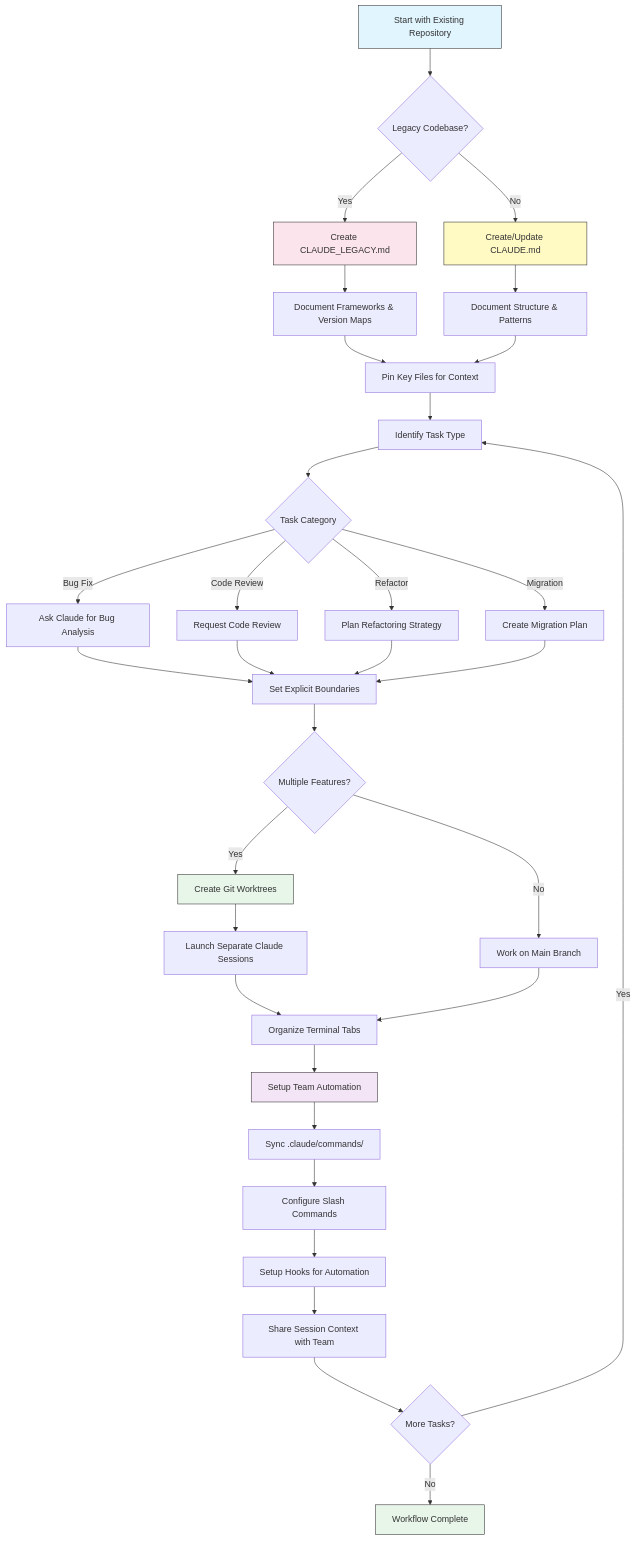
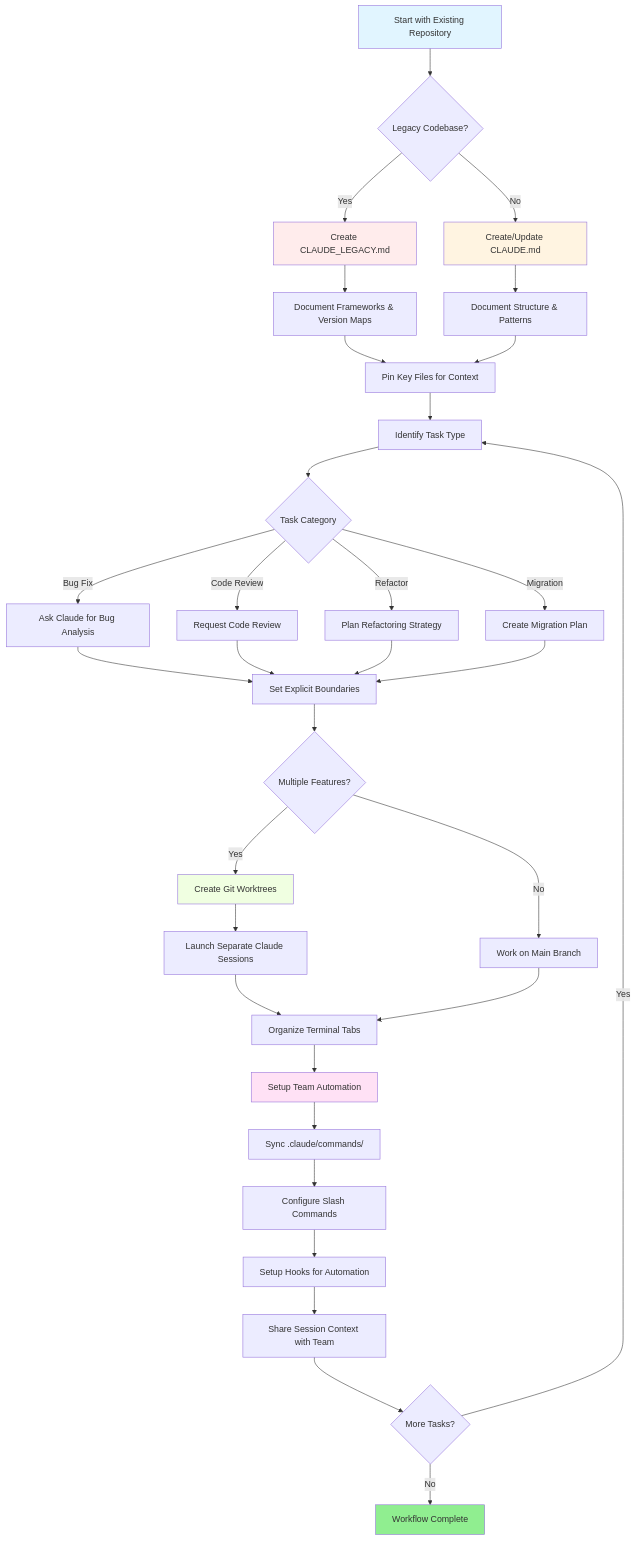
Before and after one commit to hassanbht/claude-howto: the second of 2 diagrams in fa/resources.md, drawn with Mermaid. The commit also changed other lines of this file and 213 other files, not shown here.

````diff
--- a/fa/resources.md
+++ b/fa/resources.md
@@ -175,46 +174,46 @@
 ```mermaid
 graph TD
     A[Start with Existing Repository] --> B{Legacy Codebase?}
     B -->|Yes| C[Create CLAUDE_LEGACY.md]
     B -->|No| D[Create/Update CLAUDE.md]
     C --> E[Document Frameworks & Version Maps]
     D --> F[Document Structure & Patterns]
     E --> G[Pin Key Files for Context]
     F --> G
 
     G --> H[Identify Task Type]
     H --> I{Task Category}
     I -->|Bug Fix| J[Ask Claude for Bug Analysis]
     I -->|Code Review| K[Request Code Review]
     I -->|Refactor| L[Plan Refactoring Strategy]
     I -->|Migration| M[Create Migration Plan]
 
     J --> N[Set Explicit Boundaries]
     K --> N
     L --> N
     M --> N
 
     N --> O{Multiple Features?}
     O -->|Yes| P[Create Git Worktrees]
     O -->|No| Q[Work on Main Branch]
     P --> R[Launch Separate Claude Sessions]
     R --> S[Organize Terminal Tabs]
     Q --> S
 
     S --> T[Setup Team Automation]
     T --> U[Sync .claude/commands/]
     U --> V[Configure Slash Commands]
     V --> W[Setup Hooks for Automation]
     W --> X[Share Session Context with Team]
 
     X --> Y{More Tasks?}
     Y -->|Yes| H
     Y -->|No| Z[Workflow Complete]
 
-    style A fill:#e1f5fe,stroke:#333,color:#333
-    style C fill:#fce4ec,stroke:#333,color:#333
-    style D fill:#fff9c4,stroke:#333,color:#333
-    style P fill:#e8f5e9,stroke:#333,color:#333
-    style T fill:#f3e5f5,stroke:#333,color:#333
-    style Z fill:#e8f5e9,stroke:#333,color:#333
+    style A fill:#e1f5ff
+    style C fill:#ffecec
+    style D fill:#fff4e1
+    style P fill:#f0ffe1
+    style T fill:#ffe1f5
+    style Z fill:#90EE90
 ```
````
